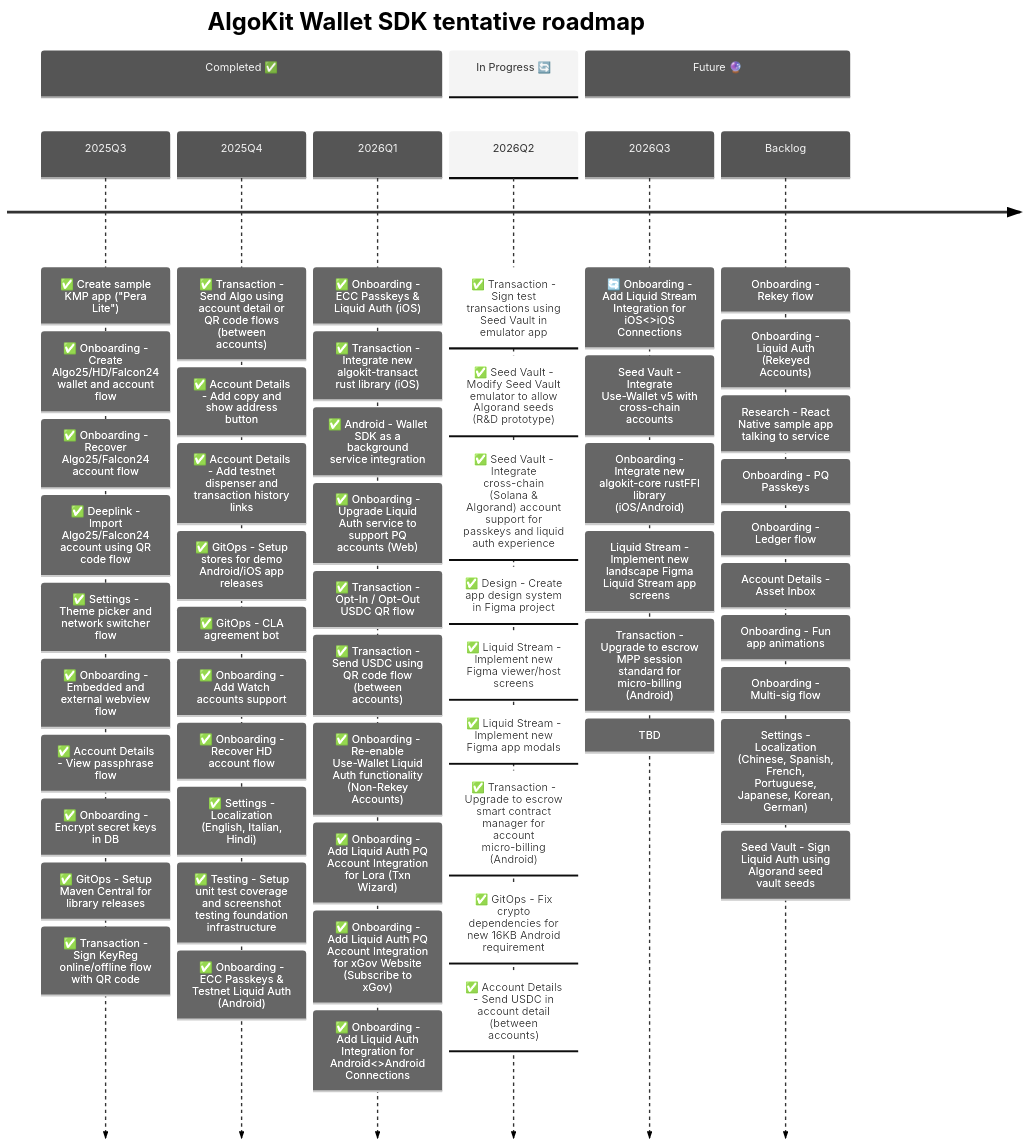
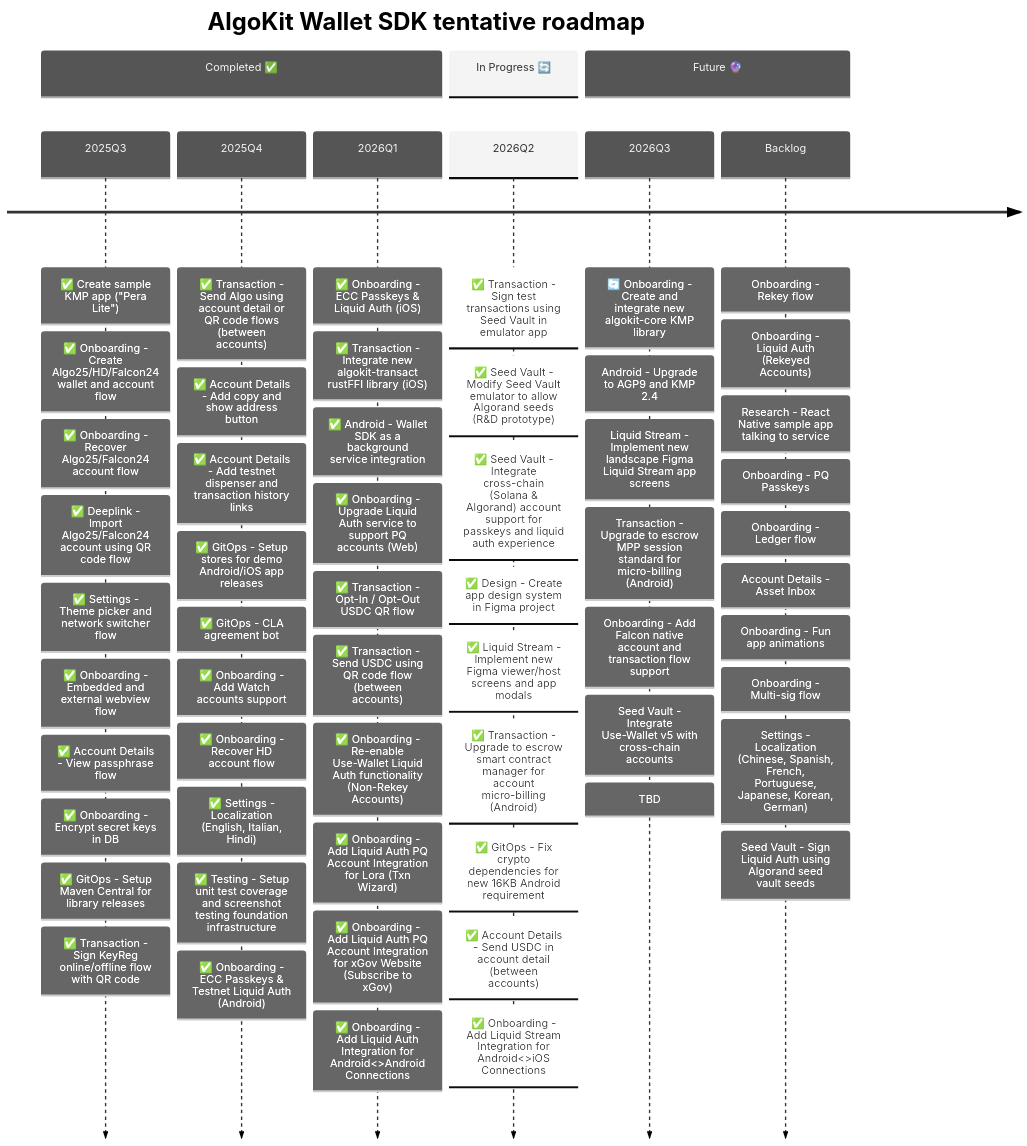
Before and after one commit to michaeltchuangllc/algokit-walletsdk-kmp: the second of 3 diagrams in README.md, drawn with Mermaid. The commit also changed 123 other files, not shown here.

````diff
--- a/README.md
+++ b/README.md
@@ -69,72 +69,73 @@
 ```mermaid
 ---
 config:
   theme: 'neutral'
 ---
 timeline
     title AlgoKit Wallet SDK tentative roadmap
 
     section Completed ✅
     2025Q3  : ✅ Create sample KMP app ("Pera Lite")
             : ✅ Onboarding - Create Algo25/HD/Falcon24 wallet and account flow
             : ✅ Onboarding - Recover Algo25/Falcon24 account flow
             : ✅ Deeplink - Import Algo25/Falcon24 account using QR code flow
             : ✅ Settings - Theme picker and network switcher flow
             : ✅ Onboarding - Embedded and external webview flow
             : ✅ Account Details - View passphrase flow
             : ✅ Onboarding - Encrypt secret keys in DB
             : ✅ GitOps - Setup Maven Central for library releases
             : ✅ Transaction - Sign KeyReg online/offline flow with QR code
 
     2025Q4  : ✅ Transaction - Send Algo using account detail or QR code flows (between accounts)
             : ✅ Account Details - Add copy and show address button
             : ✅ Account Details - Add testnet dispenser and transaction history links
             : ✅ GitOps - Setup stores for demo Android/iOS app releases
             : ✅ GitOps - CLA agreement bot
             : ✅ Onboarding - Add Watch accounts support
             : ✅ Onboarding - Recover HD account flow
             : ✅ Settings - Localization (English, Italian, Hindi)
             : ✅ Testing - Setup unit test coverage and screenshot testing foundation infrastructure
             : ✅ Onboarding - ECC Passkeys & Testnet Liquid Auth (Android)
 
     2026Q1  : ✅ Onboarding - ECC Passkeys & Liquid Auth (iOS)
-            : ✅ Transaction - Integrate new algokit-transact rust library (iOS)
+            : ✅ Transaction - Integrate new algokit-transact rustFFI library (iOS)
             : ✅ Android - Wallet SDK as a background service integration
             : ✅ Onboarding - Upgrade Liquid Auth service to support PQ accounts (Web)
             : ✅ Transaction - Opt-In / Opt-Out USDC QR flow
             : ✅ Transaction - Send USDC using QR code flow (between accounts)
             : ✅ Onboarding - Re-enable Use-Wallet Liquid Auth functionality (Non-Rekey Accounts)
             : ✅ Onboarding - Add Liquid Auth PQ Account Integration for Lora (Txn Wizard)
             : ✅ Onboarding - Add Liquid Auth PQ Account Integration for xGov Website (Subscribe to xGov)
             : ✅ Onboarding - Add Liquid Auth Integration for Android<>Android Connections
 
     section In Progress 🔄
     2026Q2  : ✅ Transaction - Sign test transactions using Seed Vault in emulator app
             : ✅ Seed Vault - Modify Seed Vault emulator to allow Algorand seeds (R&D prototype)
             : ✅ Seed Vault - Integrate cross-chain (Solana & Algorand) account support for passkeys and liquid auth experience
             : ✅ Design - Create app design system in Figma project
-            : ✅ Liquid Stream - Implement new Figma viewer/host screens
-            : ✅ Liquid Stream - Implement new Figma app modals
+            : ✅ Liquid Stream - Implement new Figma viewer/host screens and app modals
             : ✅ Transaction - Upgrade to escrow smart contract manager for account micro-billing (Android)
             : ✅ GitOps - Fix crypto dependencies for new 16KB Android requirement
             : ✅ Account Details - Send USDC in account detail (between accounts)
+            : ✅ Onboarding - Add Liquid Stream Integration for Android<>iOS Connections
             
     section Future 🔮
-     2026Q3  : 🔄 Onboarding - Add Liquid Stream Integration for iOS<>iOS Connections
-             : Seed Vault - Integrate Use-Wallet v5 with cross-chain accounts
-             : Onboarding - Integrate new algokit-core rustFFI library (iOS/Android)
+     2026Q3  : 🔄 Onboarding - Create and integrate new algokit-core KMP library
+             : Android - Upgrade to AGP9 and KMP 2.4
              : Liquid Stream - Implement new landscape Figma Liquid Stream app screens
              : Transaction - Upgrade to escrow MPP session standard for micro-billing (Android)
+             : Onboarding - Add Falcon native account and transaction flow support
+             : Seed Vault - Integrate Use-Wallet v5 with cross-chain accounts
              : TBD
     Backlog
             : Onboarding - Rekey flow
             : Onboarding - Liquid Auth (Rekeyed Accounts)
             : Research - React Native sample app talking to service
             : Onboarding - PQ Passkeys
             : Onboarding - Ledger flow
             : Account Details - Asset Inbox
             : Onboarding - Fun app animations
             : Onboarding - Multi-sig flow
             : Settings - Localization (Chinese, Spanish, French, Portuguese, Japanese, Korean, German)
             : Seed Vault - Sign Liquid Auth using Algorand seed vault seeds
 ```
````
